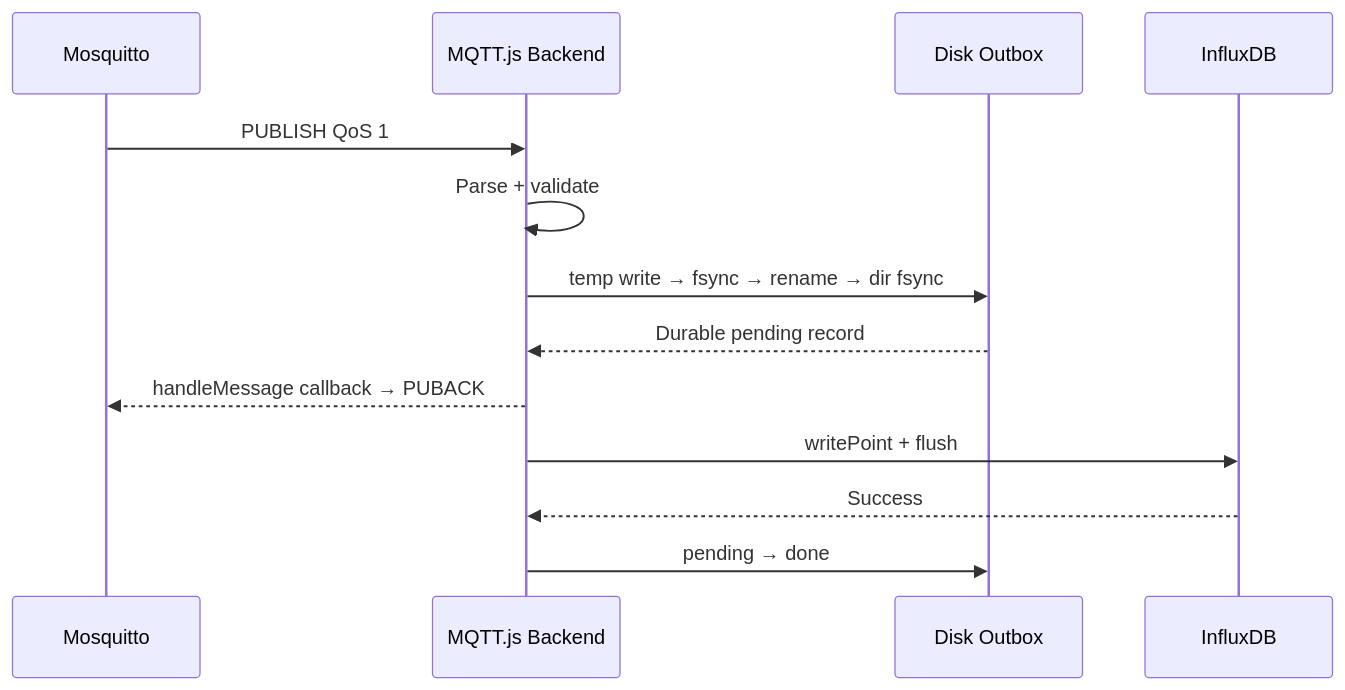
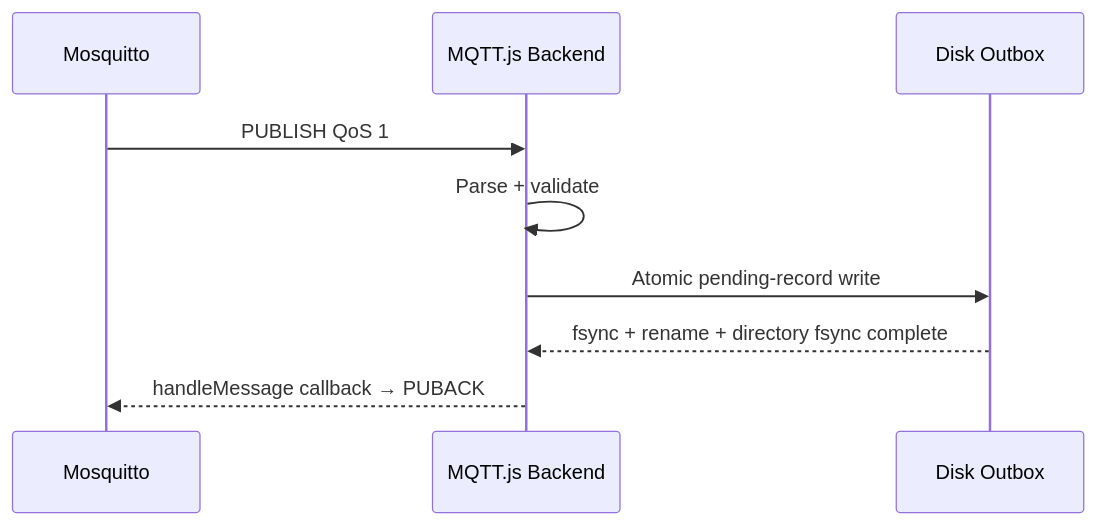
One commit to haikevins/iot-system changed the second of 3 diagrams in backend/README.md. Above: the diagram before and after it, drawn with Mermaid. The commit also changed other lines of this file and 3 other files, not shown here.

````diff
--- a/backend/README.md
+++ b/backend/README.md
@@ -228,15 +230,11 @@
 ```mermaid
 sequenceDiagram
     participant M as Mosquitto
     participant B as MQTT.js Backend
     participant D as Disk Outbox
-    participant I as InfluxDB
     M->>B: PUBLISH QoS 1
     B->>B: Parse + validate
-    B->>D: temp write → fsync → rename → dir fsync
-    D-->>B: Durable pending record
+    B->>D: Atomic pending-record write
+    D-->>B: fsync + rename + directory fsync complete
     B-->>M: handleMessage callback → PUBACK
-    B->>I: writePoint + flush
-    I-->>B: Success
-    B->>D: pending → done
 ```
````
